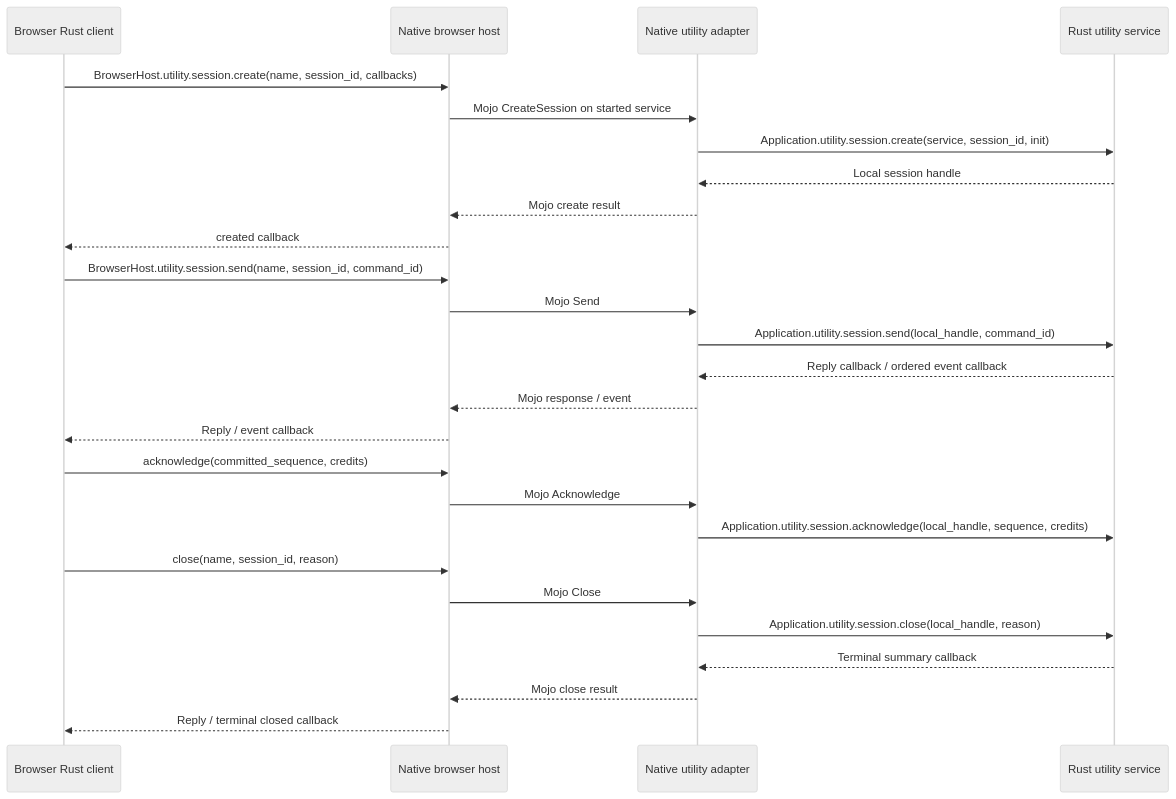
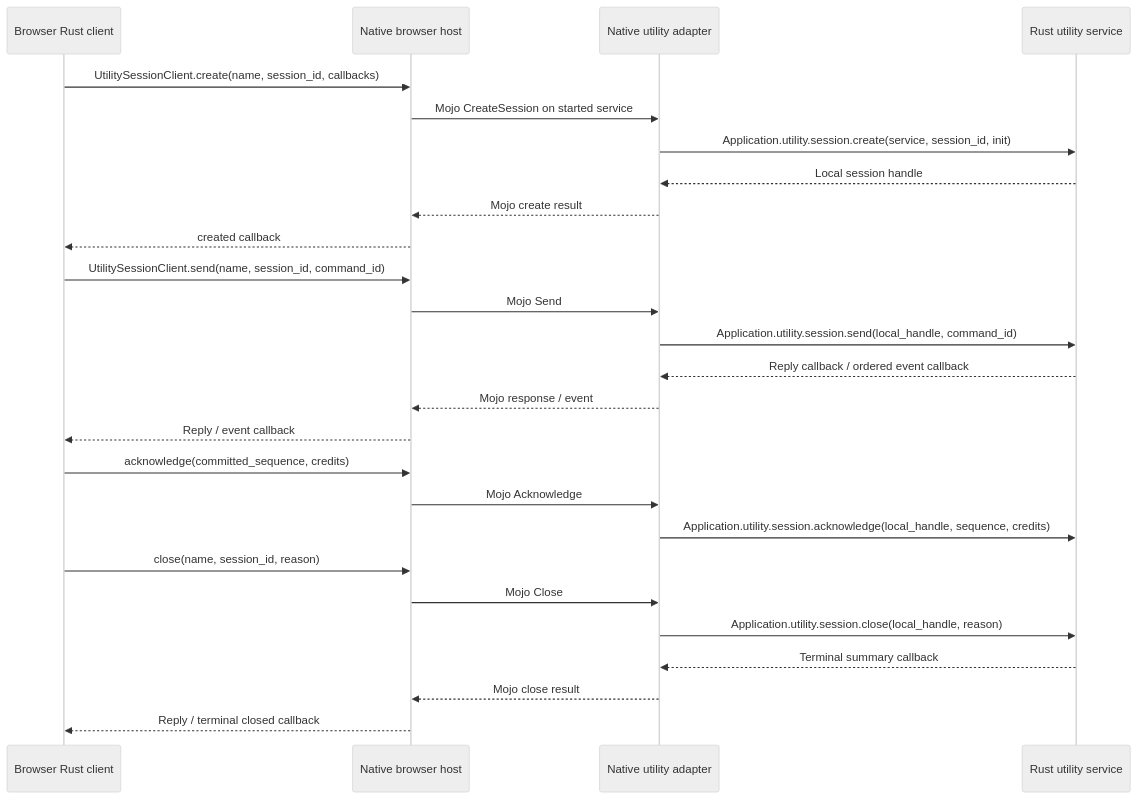
The seventh of 7 diagrams in crates/tuffite-abi/README.md (tuffite/tuffite), drawn with Mermaid (neutral theme) before and after one commit. The commit also changed other lines of this file and 363 other files, not shown here.

````diff
--- a/crates/tuffite-abi/README.md
+++ b/crates/tuffite-abi/README.md
@@ -667,28 +630,28 @@
 ```mermaid
 sequenceDiagram
   participant Client as Browser Rust client
   participant Host as Native browser host
   participant Adapter as Native utility adapter
   participant Service as Rust utility service
-  Client->>Host: BrowserHost.utility.session.create(name, session_id, callbacks)
+  Client->>Host: UtilitySessionClient.create(name, session_id, callbacks)
   Host->>Adapter: Mojo CreateSession on started service
   Adapter->>Service: Application.utility.session.create(service, session_id, init)
   Service-->>Adapter: Local session handle
   Adapter-->>Host: Mojo create result
   Host-->>Client: created callback
-  Client->>Host: BrowserHost.utility.session.send(name, session_id, command_id)
+  Client->>Host: UtilitySessionClient.send(name, session_id, command_id)
   Host->>Adapter: Mojo Send
   Adapter->>Service: Application.utility.session.send(local_handle, command_id)
   Service-->>Adapter: Reply callback / ordered event callback
   Adapter-->>Host: Mojo response / event
   Host-->>Client: Reply / event callback
   Client->>Host: acknowledge(committed_sequence, credits)
   Host->>Adapter: Mojo Acknowledge
   Adapter->>Service: Application.utility.session.acknowledge(local_handle, sequence, credits)
   Client->>Host: close(name, session_id, reason)
   Host->>Adapter: Mojo Close
   Adapter->>Service: Application.utility.session.close(local_handle, reason)
   Service-->>Adapter: Terminal summary callback
   Adapter-->>Host: Mojo close result
   Host-->>Client: Reply / terminal closed callback
 ```
````
